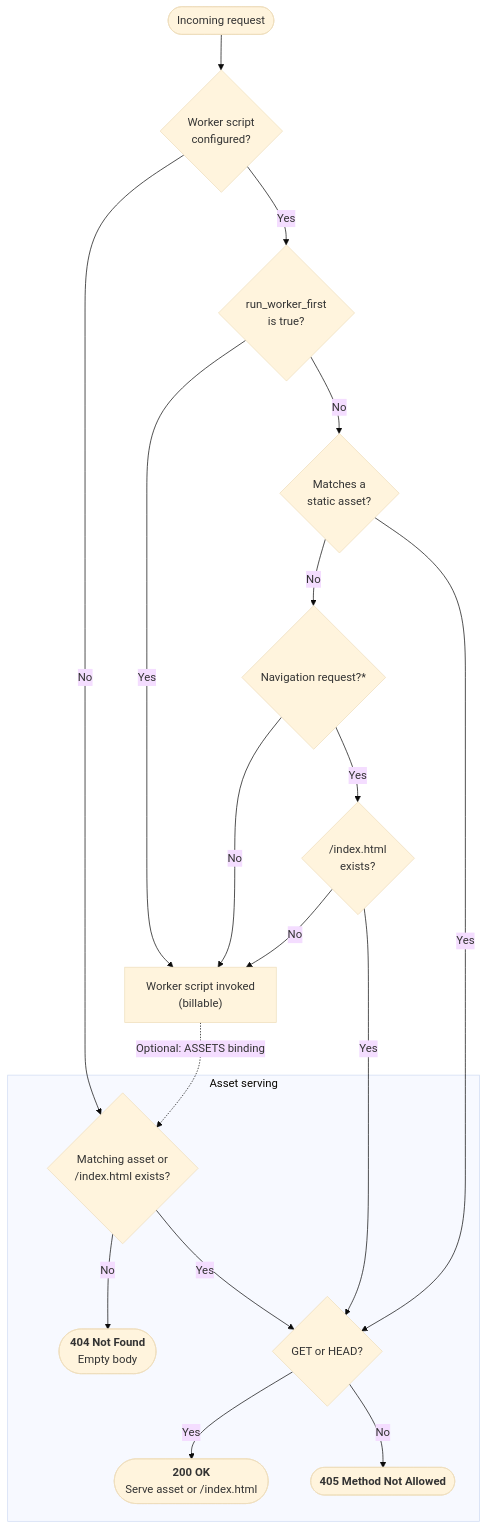
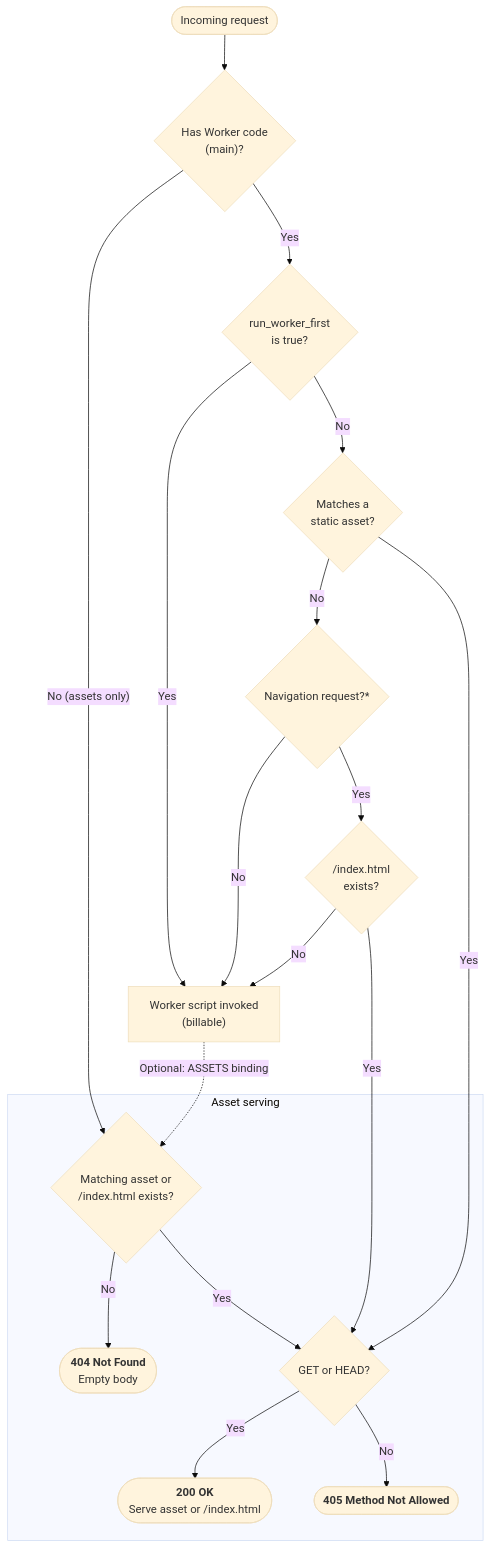
One commit to cloudflare/cloudflare-docs changed the first of 2 diagrams in src/content/docs/workers/static-assets/routing/single-page-application.mdx. Above: the diagram before and after it, drawn with Mermaid (base theme). The commit also changed 1 other file, not shown here.

Commit message:
[Workers] Clarify Worker code (main) decision label in routing diagrams

````diff
--- a/src/content/docs/workers/static-assets/routing/single-page-application.mdx
+++ b/src/content/docs/workers/static-assets/routing/single-page-application.mdx
@@ -132,42 +132,42 @@
 ```mermaid
 flowchart TD
 	Request@{ shape: stadium, label: "Incoming request" }
 	Request --> HasWorker
 
-	HasWorker@{ shape: diamond, label: "Worker script<br />configured?" }
-	HasWorker -->|No| AssetLookup
+	HasWorker@{ shape: diamond, label: "Has Worker code<br />(main)?" }
+	HasWorker -->|"No (assets only)"| AssetLookup
 	HasWorker -->|Yes| RunWorkerFirst
 
 	RunWorkerFirst@{ shape: diamond, label: "run_worker_first<br />is true?" }
 	RunWorkerFirst -->|Yes| WorkerScript
 	RunWorkerFirst -->|No| MatchesAsset
 
 	MatchesAsset@{ shape: diamond, label: "Matches a<br />static asset?" }
 	MatchesAsset -->|No| NavRequest
 	MatchesAsset -->|Yes| MethodAllowed
 
 	NavRequest@{ shape: diamond, label: "Navigation request?*" }
 	NavRequest -->|No| WorkerScript
 	NavRequest -->|Yes| FallbackExists
 
 	FallbackExists@{ shape: diamond, label: "/index.html<br />exists?" }
 	FallbackExists -->|No| WorkerScript
 	FallbackExists -->|Yes| MethodAllowed
 
 	WorkerScript@{ shape: rect, label: "Worker script invoked<br />(billable)" }
 	WorkerScript -.->|Optional: ASSETS binding| AssetLookup
 
 	subgraph Asset serving
 		AssetLookup@{ shape: diamond, label: "Matching asset or<br />/index.html exists?" }
 		AssetLookup -->|No| NotFound
 		AssetLookup -->|Yes| MethodAllowed
 
 		MethodAllowed@{ shape: diamond, label: "GET or HEAD?" }
 		MethodAllowed -->|Yes| AssetServed
 		MethodAllowed -->|No| MethodNotAllowed
 
 		AssetServed@{ shape: stadium, label: "<b>200 OK</b><br />Serve asset or /index.html" }
 		NotFound@{ shape: stadium, label: "<b>404 Not Found</b><br />Empty body" }
 		MethodNotAllowed@{ shape: stadium, label: "<b>405 Method Not Allowed</b>" }
 	end
 ```
````
